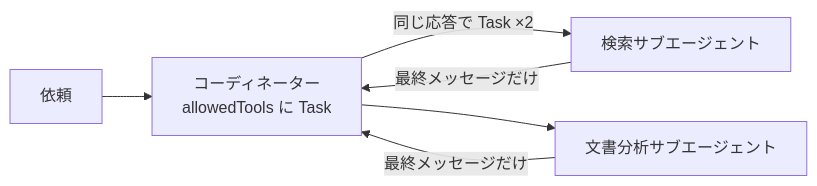
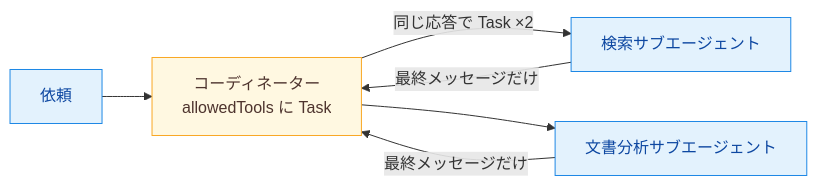
The diagram in ccaf/notes/01-agentic-architecture/task-tool-agent-definition.md (yuya-take/yuya-exam-notes), drawn with Mermaid before and after one commit. The commit also changed other lines of this file and 50 other files, not shown here.

````diff
--- a/ccaf/notes/01-agentic-architecture/task-tool-agent-definition.md
+++ b/ccaf/notes/01-agentic-architecture/task-tool-agent-definition.md
@@ -11,8 +12,12 @@
 ```mermaid
 flowchart LR
-  U[依頼] --> C[コーディネーター<br/>allowedTools に Task]
+  U[依頼] --> C["コーディネーター<br/>allowedTools に Task"]
   C -- "同じ応答で Task ×2" --> S1[検索サブエージェント]
   C -- " " --> S2[文書分析サブエージェント]
   S1 -- 最終メッセージだけ --> C
   S2 -- 最終メッセージだけ --> C
+  classDef run fill:#e3f2fd,stroke:#1e88e5,color:#0d47a1
+  classDef judge fill:#fff8e1,stroke:#f9a825,color:#4e342e
+  class U,S1,S2 run
+  class C judge
 ```
````
